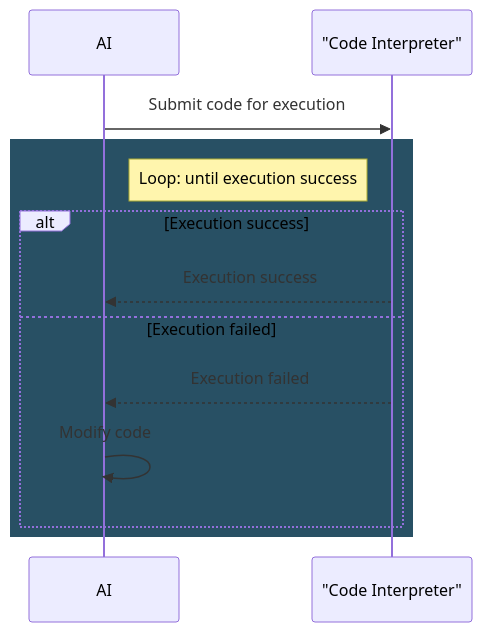
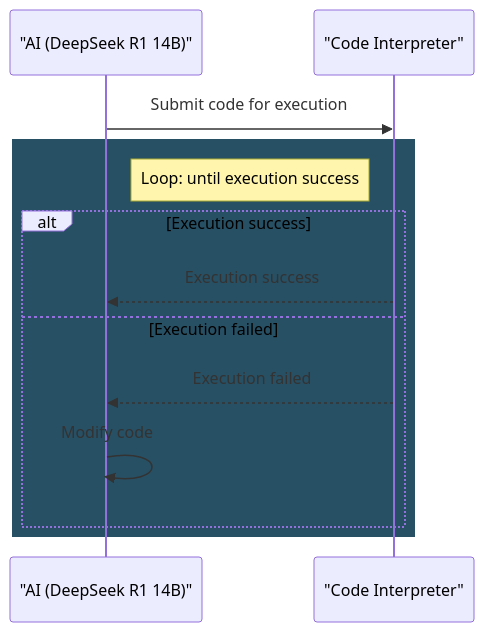
The fifth of 5 diagrams in README.md (Adarsh-61/JarvisPlus), drawn with Mermaid before and after one commit. The commit also changed other lines of this file, not shown here.

````diff
--- a/README.md
+++ b/README.md
@@ -603,18 +602,18 @@
 ```mermaid
 sequenceDiagram
-    participant AI
+    participant AI as "AI (DeepSeek R1 14B)"
     participant CodeInterpreter as "Code Interpreter"
     
     AI->>CodeInterpreter: Submit code for execution
     
     rect rgb(40, 80, 100)
         Note right of AI: Loop: until execution success
         
         alt Execution success
             CodeInterpreter-->>AI: Execution success
         else Execution failed
             CodeInterpreter-->>AI: Execution failed
             AI->>AI: Modify code
         end
     end
 ```
````
